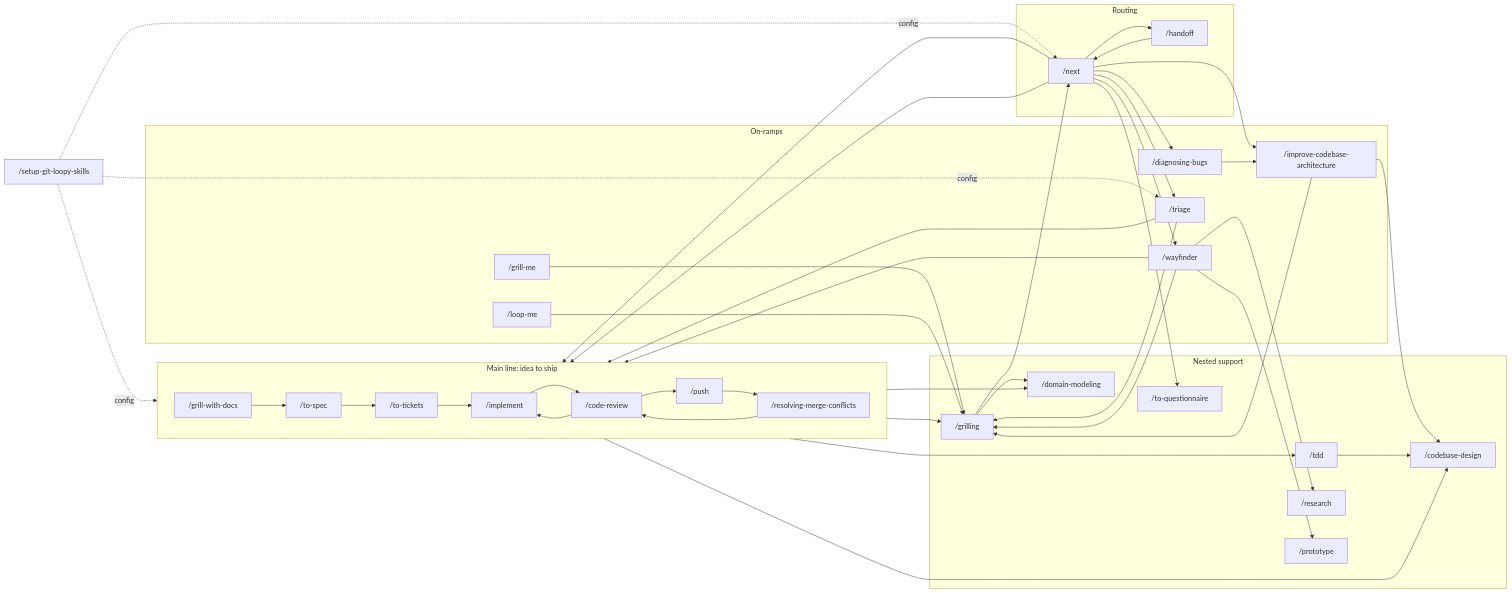
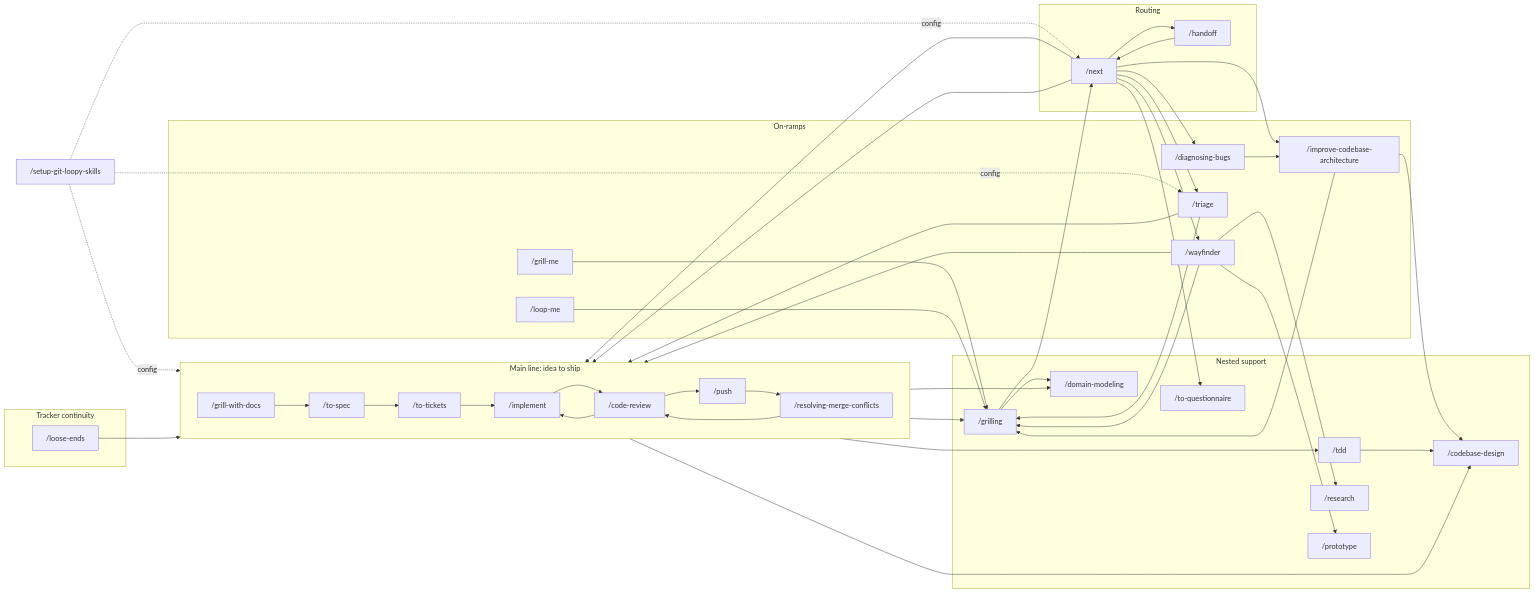
The first of 13 diagrams in docs/skill-connections.md (bradcstevens/git-loopy-skills), drawn with Mermaid before and after one commit. The commit also changed other lines of this file and 2 other files, not shown here.

First line of the commit message:
Package loose-ends documentation

````diff
--- a/docs/skill-connections.md
+++ b/docs/skill-connections.md
@@ -30,73 +30,79 @@
 ```mermaid
 flowchart LR
     setup["/setup-git-loopy-skills"]
 
     subgraph ROUTE["Routing"]
         next["/next"]
         handoff["/handoff"]
+    end
+
+    subgraph TRACKER["Tracker continuity"]
+        looseends["/loose-ends"]
     end
 
     subgraph ONRAMP["On-ramps"]
         grillme["/grill-me"]
         loopme["/loop-me"]
         wayfinder["/wayfinder"]
         triage["/triage"]
         ica["/improve-codebase-architecture"]
         diag["/diagnosing-bugs"]
     end
 
     subgraph MAIN["Main line: idea to ship"]
         direction LR
         gwd["/grill-with-docs"] --> tospec["/to-spec"] --> totickets["/to-tickets"]
         totickets --> implement["/implement"] --> review["/code-review"] --> push["/push"]
         push --> rmc["/resolving-merge-conflicts"]
     end
 
     subgraph NESTED["Nested support"]
         grilling["/grilling"]
         domain["/domain-modeling"]
         design["/codebase-design"]
         tdd["/tdd"]
         research["/research"]
         prototype["/prototype"]
         questionnaire["/to-questionnaire"]
     end
 
     setup -.->|config| next
     setup -.->|config| triage
     setup -.->|config| review
 
     next --> gwd
     next --> triage
     next --> wayfinder
     next --> diag
     next --> ica
     next --> implement
     next --> handoff
     handoff --> next
 
+    looseends --> totickets
+
     grillme --> grilling
     loopme --> grilling
     gwd --> grilling
     triage --> grilling
     wayfinder --> grilling
     ica --> grilling
     grilling --> domain
     grilling --> next
 
     wayfinder --> research
     wayfinder --> prototype
     wayfinder --> tospec
     triage --> implement
     ica --> design
     diag --> ica
 
     implement --> tdd
     implement --> design
     implement --> domain
     tdd --> design
     review --> implement
     rmc --> review
 
     next --> questionnaire
 ```
````
